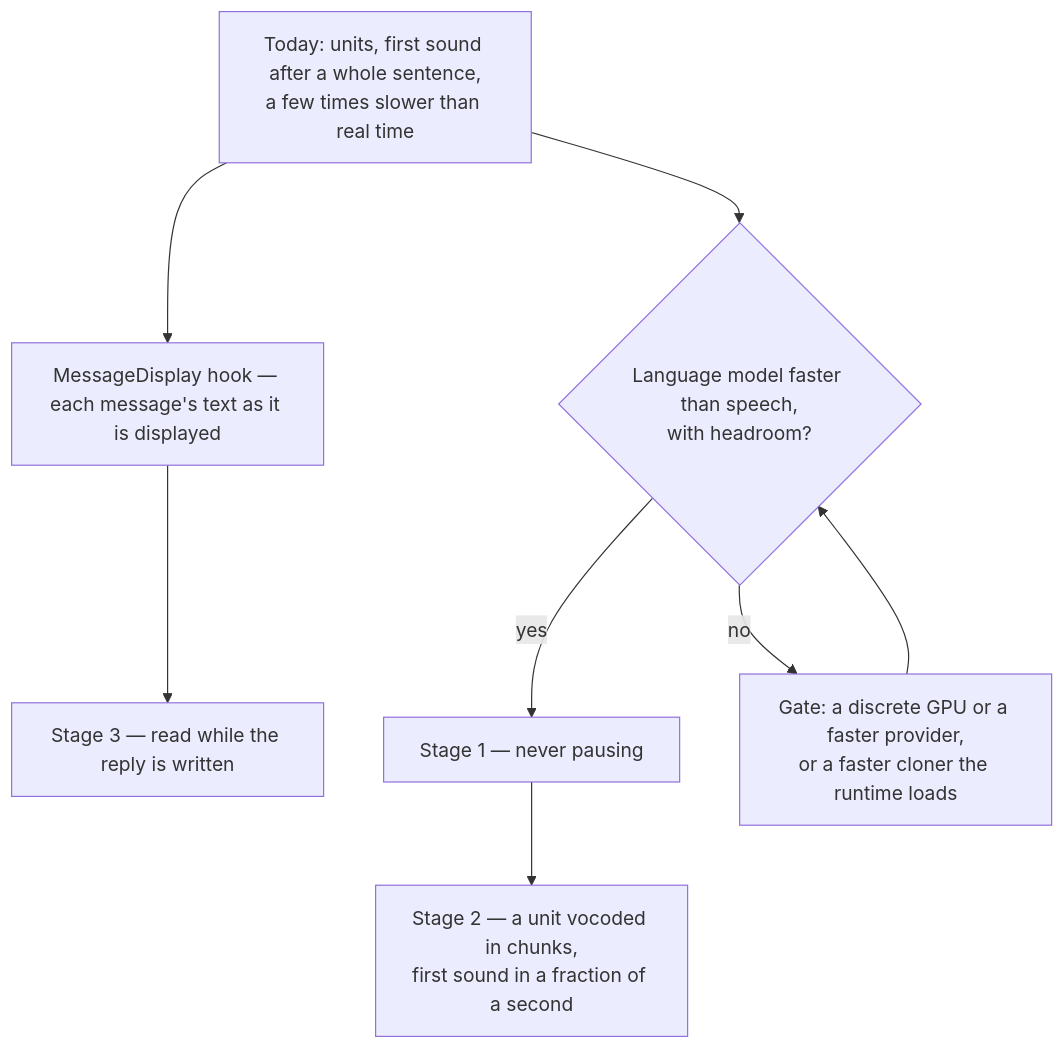
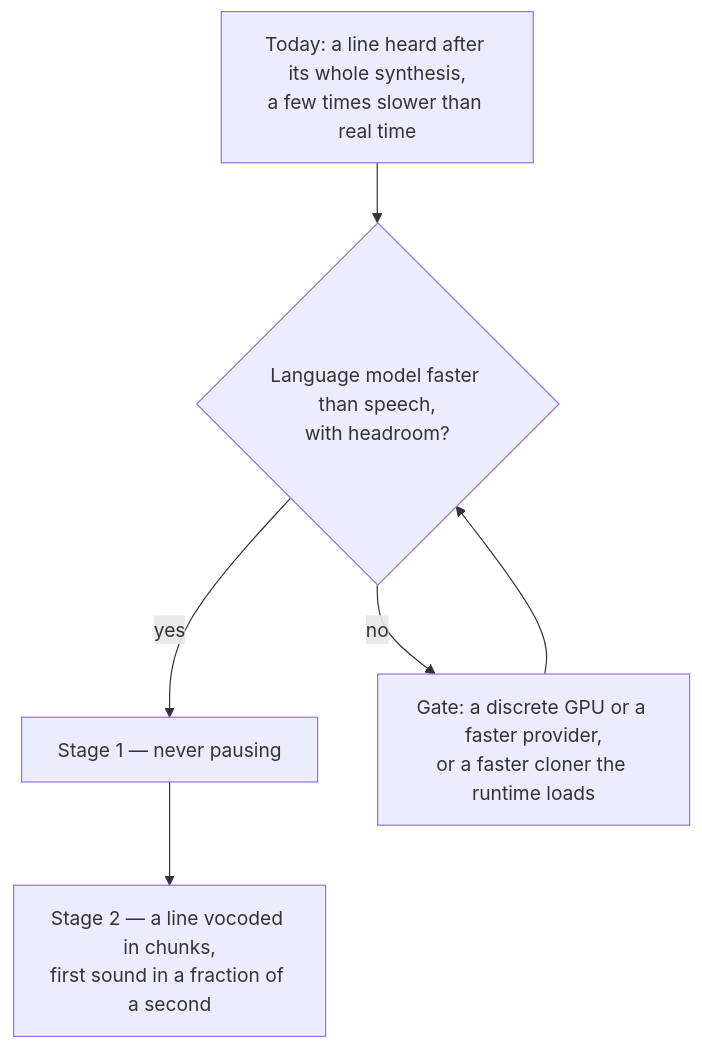
Before and after one commit to Esposter/Esposter: the diagram in apps/web/content/docs/proposals/infra/seamless-spoken-replies.md, drawn with Mermaid. The commit also changed other lines of this file and 61 other files, not shown here.

First line of the commit message:
feat(genshin-persona): a reply's spoken lines are read by a MessageDisplay hook the voice verb writes, and the warm makes the greeting

````diff
--- a/apps/web/content/docs/proposals/infra/seamless-spoken-replies.md
+++ b/apps/web/content/docs/proposals/infra/seamless-spoken-replies.md
@@ -20,15 +19,12 @@
 ```mermaid
 flowchart TD
-    Now["Today: units, first sound after a whole sentence,<br/>a few times slower than real time"]
-    Signal["MessageDisplay hook — each message's text as it is displayed"]
-    Stage3["Stage 3 — read while the reply is written"]
+    Now["Today: a line heard after its whole synthesis,<br/>a few times slower than real time"]
     Compute{"Language model faster than speech,<br/>with headroom?"}
     Stage1["Stage 1 — never pausing"]
-    Stream["Stage 2 — a unit vocoded in chunks,<br/>first sound in a fraction of a second"]
+    Stream["Stage 2 — a line vocoded in chunks,<br/>first sound in a fraction of a second"]
     Gate1["Gate: a discrete GPU or a faster provider,<br/>or a faster cloner the runtime loads"]
 
-    Now --> Signal --> Stage3
     Now --> Compute
     Compute -- no --> Gate1 --> Compute
     Compute -- yes --> Stage1 --> Stream
 ```
````
